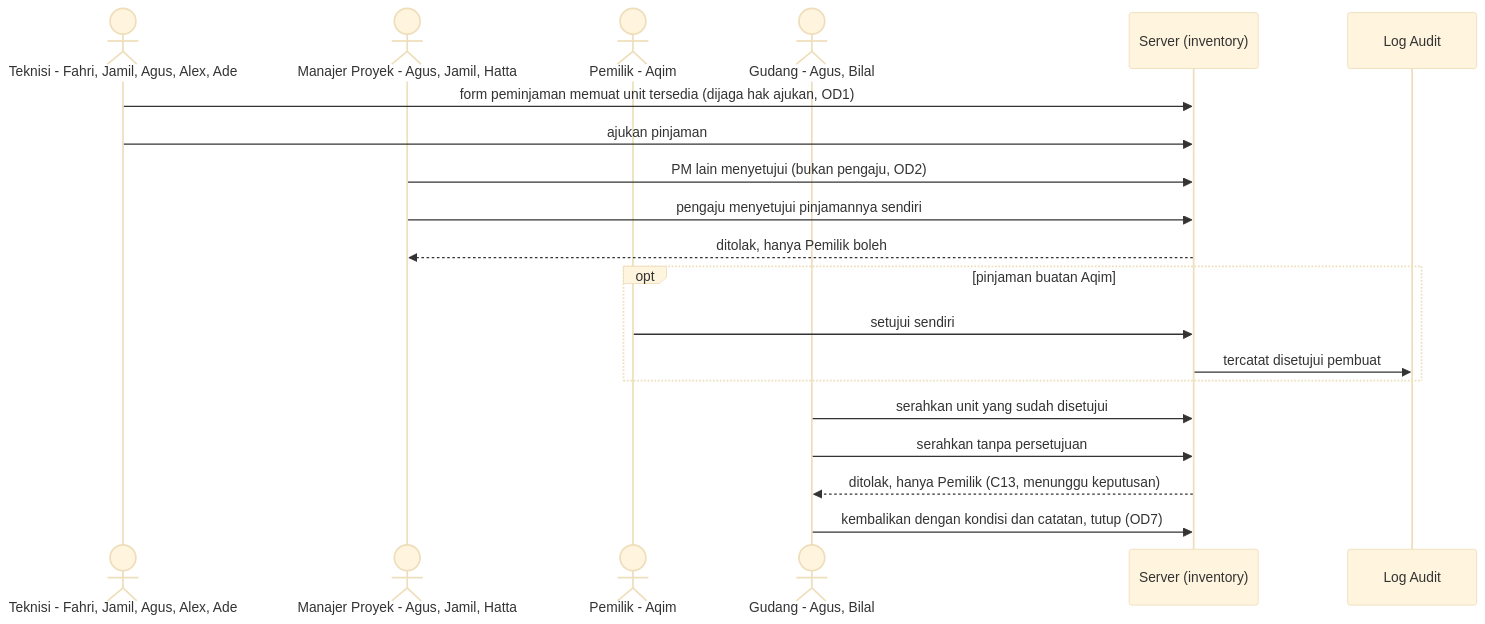
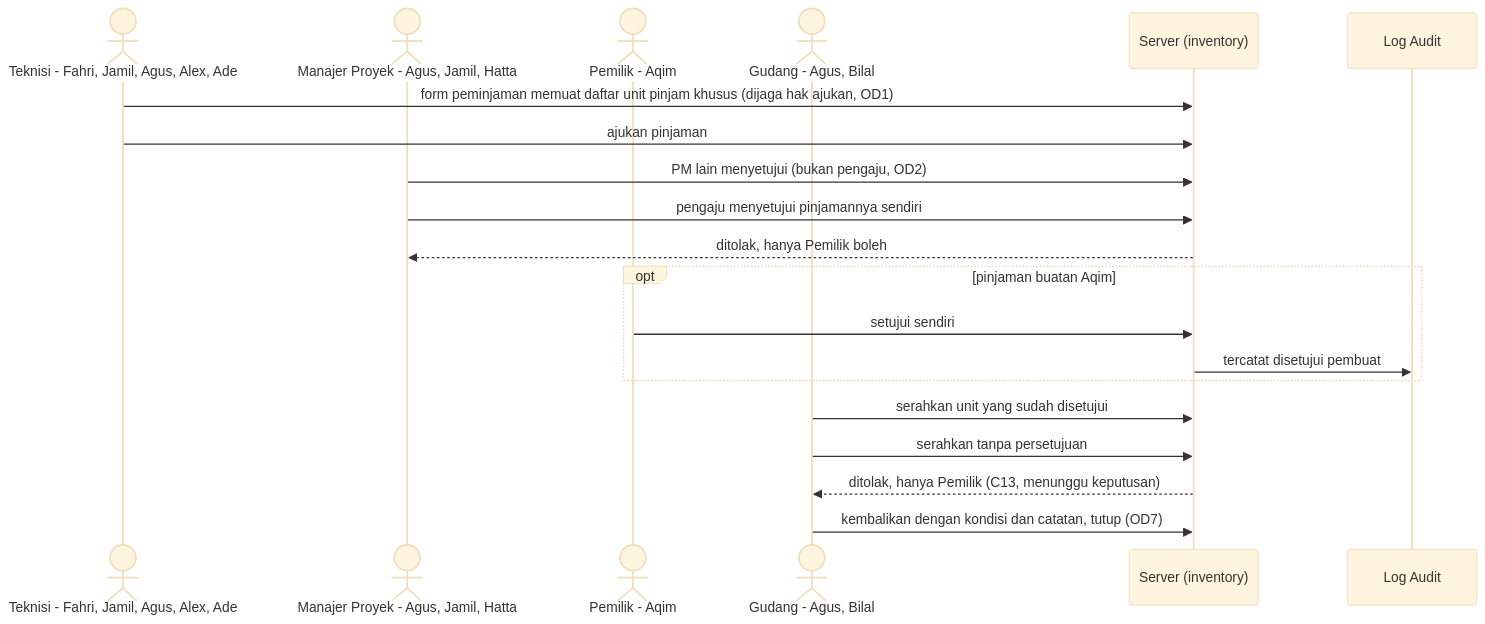
One commit to okifirsyah404/ims-erp changed diagram 20 of 22 in docs/adjustment/diagram-alur/sekarang-vs-sesudah.md. Above: the diagram before and after it, drawn with Mermaid (base theme). The commit also changed other lines of this file and 10 other files, not shown here.

````diff
--- a/docs/adjustment/diagram-alur/sekarang-vs-sesudah.md
+++ b/docs/adjustment/diagram-alur/sekarang-vs-sesudah.md
@@ -786,23 +810,23 @@
 ```mermaid
 sequenceDiagram
     actor T as Teknisi - Fahri, Jamil, Agus, Alex, Ade
     actor PM as Manajer Proyek - Agus, Jamil, Hatta
     actor W as Pemilik - Aqim
     actor G as Gudang - Agus, Bilal
     participant SV as Server (inventory)
     participant AU as Log Audit
 
-    T->>SV: form peminjaman memuat unit tersedia (dijaga hak ajukan, OD1)
+    T->>SV: form peminjaman memuat daftar unit pinjam khusus (dijaga hak ajukan, OD1)
     T->>SV: ajukan pinjaman
     PM->>SV: PM lain menyetujui (bukan pengaju, OD2)
     PM->>SV: pengaju menyetujui pinjamannya sendiri
     SV-->>PM: ditolak, hanya Pemilik boleh
     opt pinjaman buatan Aqim
         W->>SV: setujui sendiri
         SV->>AU: tercatat disetujui pembuat
     end
     G->>SV: serahkan unit yang sudah disetujui
     G->>SV: serahkan tanpa persetujuan
     SV-->>G: ditolak, hanya Pemilik (C13, menunggu keputusan)
     G->>SV: kembalikan dengan kondisi dan catatan, tutup (OD7)
 ```
````
